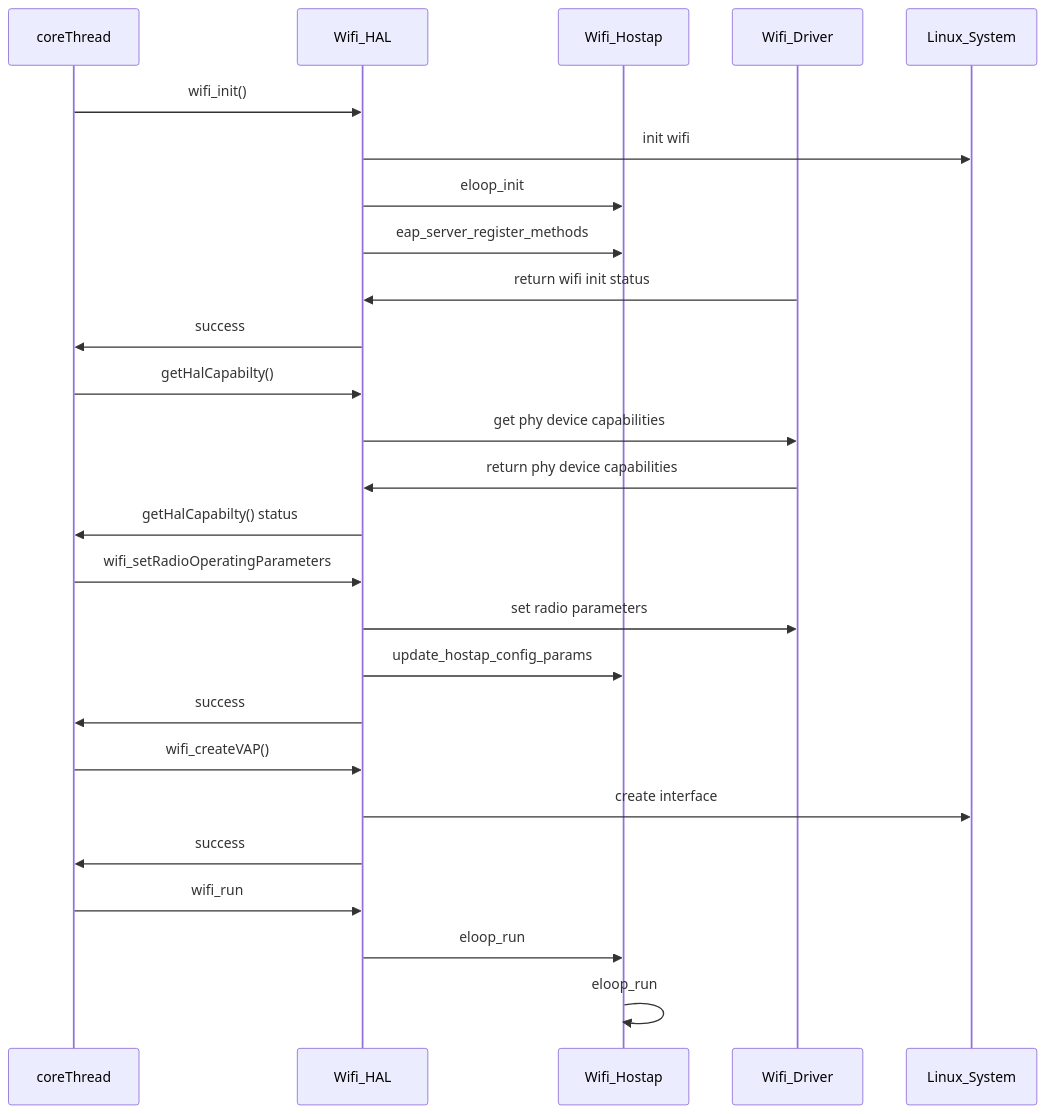
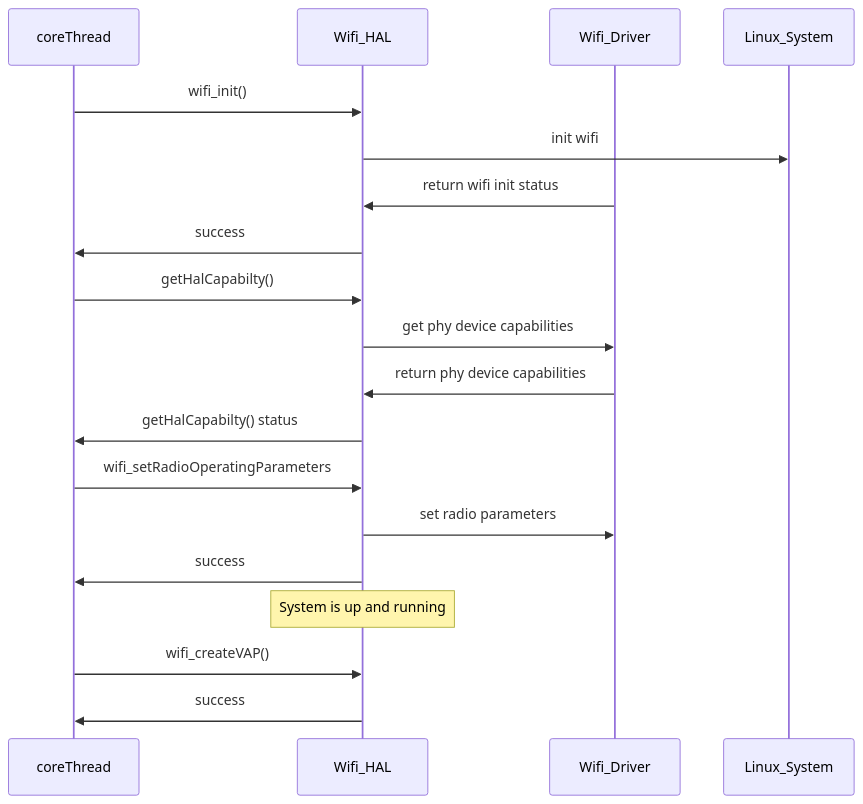
Before and after one commit to rdkcentral/rdkb-wifi-hal: the diagram in docs/pages/halSpec.md, drawn with Mermaid. The commit also changed other lines of this file and 1 other file, not shown here.

Commit message:
RDKB-43403: Block diagram and review comments updated

````diff
--- a/docs/pages/halSpec.md
+++ b/docs/pages/halSpec.md
@@ -191,32 +174,27 @@
 ```mermaid
 sequenceDiagram
     participant coreThread
     participant Wifi_HAL
-    participant Wifi_Hostap
+   
     participant Wifi_Driver
     participant Linux_System   
     
     coreThread->>Wifi_HAL: wifi_init()
     Wifi_HAL->>Linux_System: init wifi
-    Wifi_HAL->>Wifi_Hostap: eloop_init
-    Wifi_HAL->>Wifi_Hostap: eap_server_register_methods
-
     Wifi_Driver->>Wifi_HAL: return wifi init status
     Wifi_HAL->>coreThread: success
     coreThread->>Wifi_HAL: getHalCapabilty()
     Wifi_HAL->>Wifi_Driver: get phy device capabilities
     Wifi_Driver->>Wifi_HAL: return phy device capabilities
     Wifi_HAL->>coreThread: getHalCapabilty() status
     coreThread->>Wifi_HAL:wifi_setRadioOperatingParameters
     Wifi_HAL->>Wifi_Driver: set radio parameters
-    Wifi_HAL->>Wifi_Hostap: update_hostap_config_params
     Wifi_HAL->>coreThread: success
+    note over Wifi_HAL: System is up and running
     coreThread->>Wifi_HAL: wifi_createVAP()
-    Wifi_HAL->>Linux_System: create interface
     Wifi_HAL->>coreThread: success
-    coreThread->>Wifi_HAL: wifi_run
-    Wifi_HAL->>Wifi_Hostap: eloop_run
-    Wifi_Hostap->>Wifi_Hostap: eloop_run
+   
+  
     
     
 ```
````
